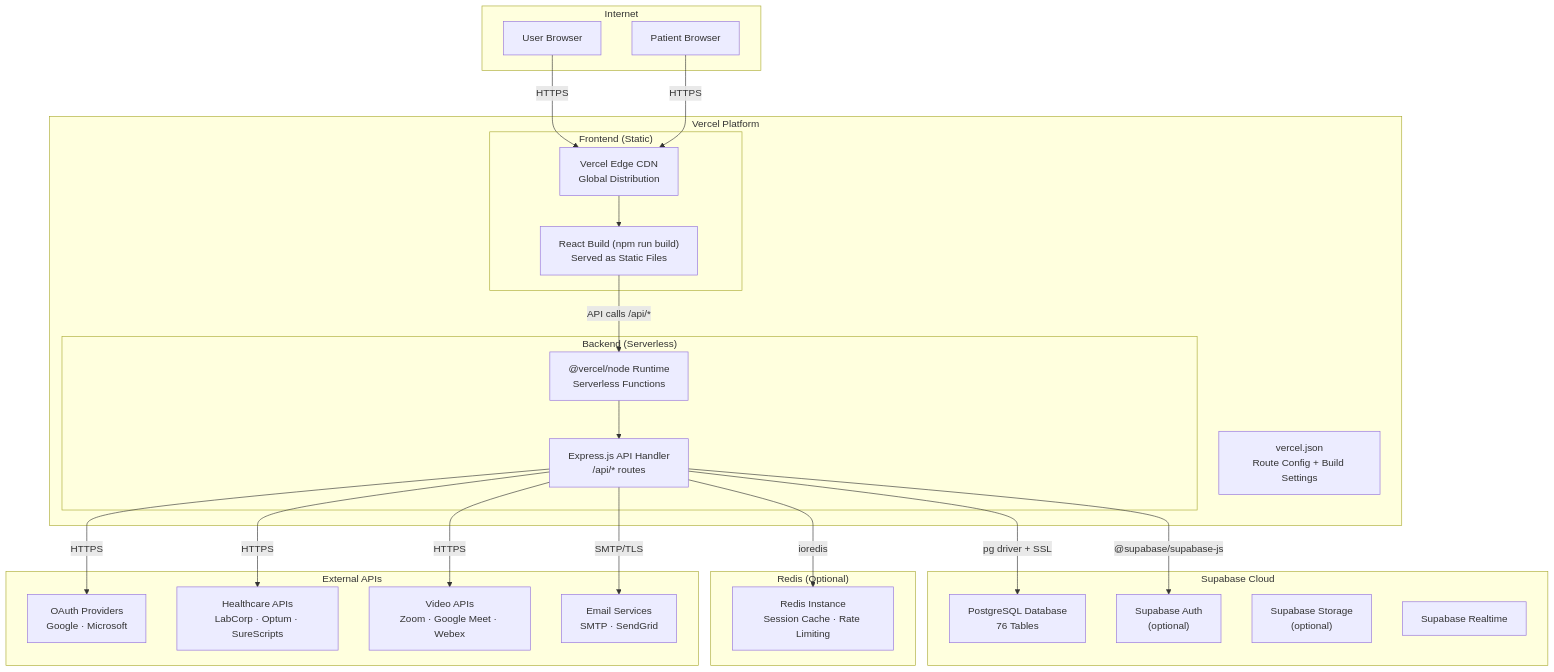
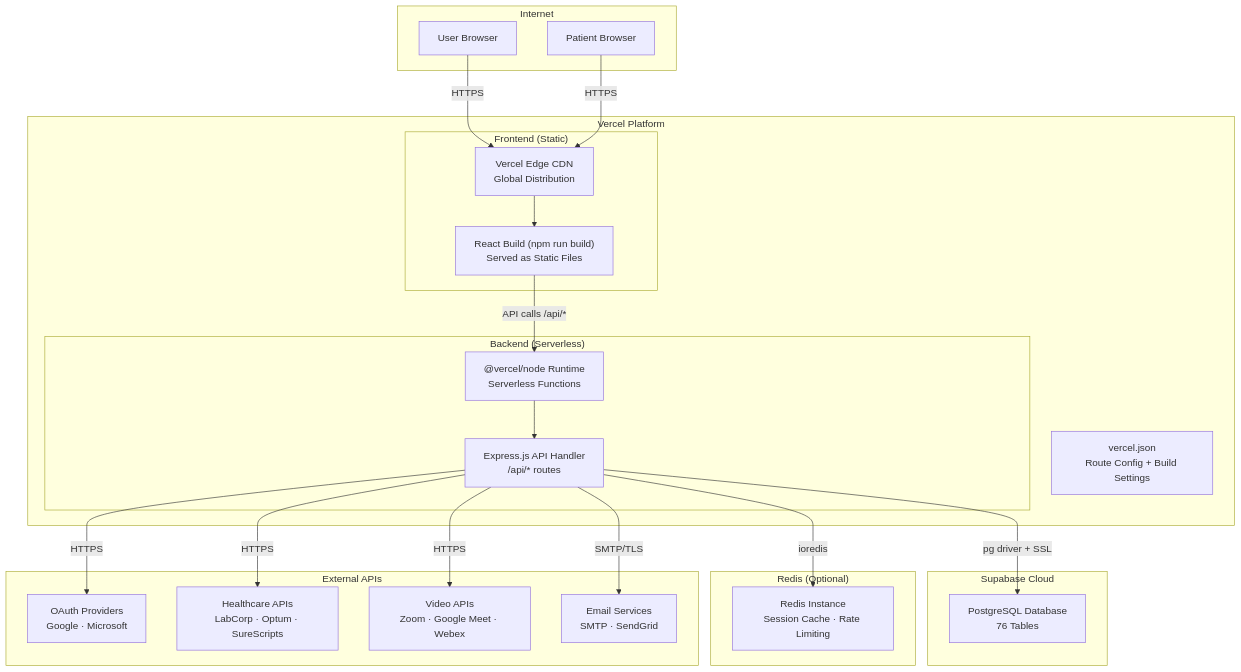
One commit to rajbizchannels/AureonCare changed diagram 14 of 16 in ARCHITECTURE_DIAGRAM.md. Above: the diagram before and after it, drawn with Mermaid. The commit also changed other lines of this file and 5 other files, not shown here.

````diff
--- a/ARCHITECTURE_DIAGRAM.md
+++ b/ARCHITECTURE_DIAGRAM.md
@@ -850,52 +849,49 @@
 ```mermaid
 graph TB
     subgraph Internet["Internet"]
         USER_BR["User Browser"]
         PATIENT_BR["Patient Browser"]
     end
 
     subgraph Vercel["Vercel Platform"]
         subgraph FE_VERCEL["Frontend (Static)"]
             REACT_BUILD["React Build (npm run build)<br/>Served as Static Files"]
             CDN_VERCEL["Vercel Edge CDN<br/>Global Distribution"]
         end
 
         subgraph BE_VERCEL["Backend (Serverless)"]
             NODE_SLS["@vercel/node Runtime<br/>Serverless Functions"]
             API_FUNC["Express.js API Handler<br/>/api/* routes"]
         end
 
         VERCEL_CFG["vercel.json<br/>Route Config + Build Settings"]
     end
 
     subgraph Supabase["Supabase Cloud"]
+        %% Database only. The app speaks the Postgres wire protocol; it uses no Supabase HTTP API.
         PG_SB["PostgreSQL Database<br/>76 Tables"]
-        SB_AUTH["Supabase Auth<br/>(optional)"]
-        SB_STORAGE["Supabase Storage<br/>(optional)"]
-        SB_REALTIME["Supabase Realtime"]
     end
 
     subgraph Redis_Infra["Redis (Optional)"]
         REDIS_INST["Redis Instance<br/>Session Cache · Rate Limiting"]
     end
 
     subgraph ExtAPIs["External APIs"]
         OAUTH_EXT["OAuth Providers<br/>Google · Microsoft"]
         HEALTH_APIS["Healthcare APIs<br/>LabCorp · Optum · SureScripts"]
         VIDEO_APIS["Video APIs<br/>Zoom · Google Meet · Webex"]
         EMAIL_SVC["Email Services<br/>SMTP · SendGrid"]
     end
 
     USER_BR -->|"HTTPS"| CDN_VERCEL
     PATIENT_BR -->|"HTTPS"| CDN_VERCEL
     CDN_VERCEL --> REACT_BUILD
     REACT_BUILD -->|"API calls /api/*"| NODE_SLS
     NODE_SLS --> API_FUNC
     API_FUNC -->|"pg driver + SSL"| PG_SB
-    API_FUNC -->|"@supabase/supabase-js"| SB_AUTH
     API_FUNC -->|"ioredis"| REDIS_INST
     API_FUNC -->|"HTTPS"| OAUTH_EXT
     API_FUNC -->|"HTTPS"| HEALTH_APIS
     API_FUNC -->|"HTTPS"| VIDEO_APIS
     API_FUNC -->|"SMTP/TLS"| EMAIL_SVC
 ```
````
